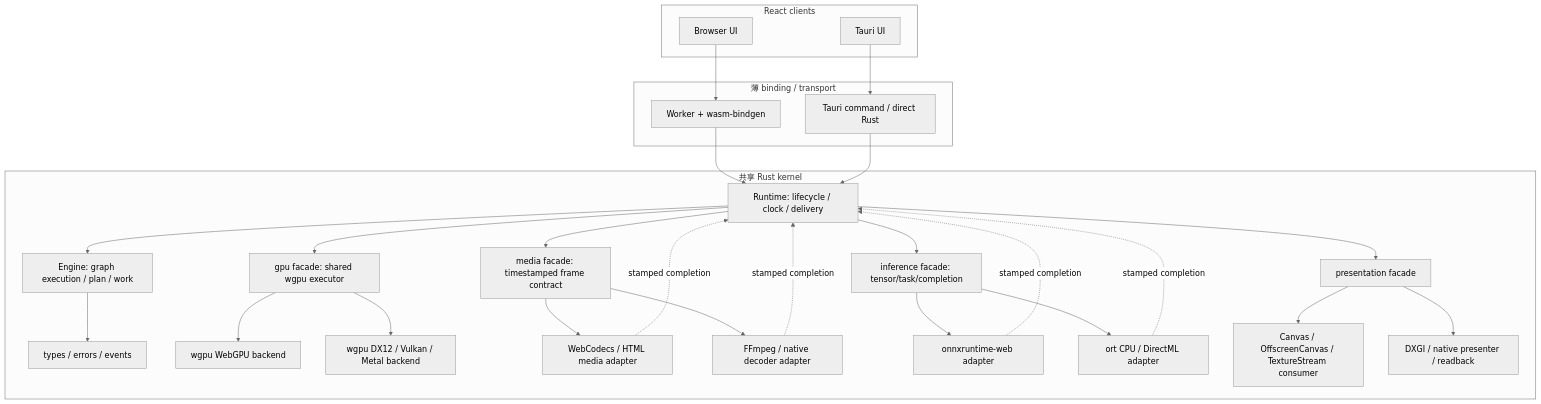
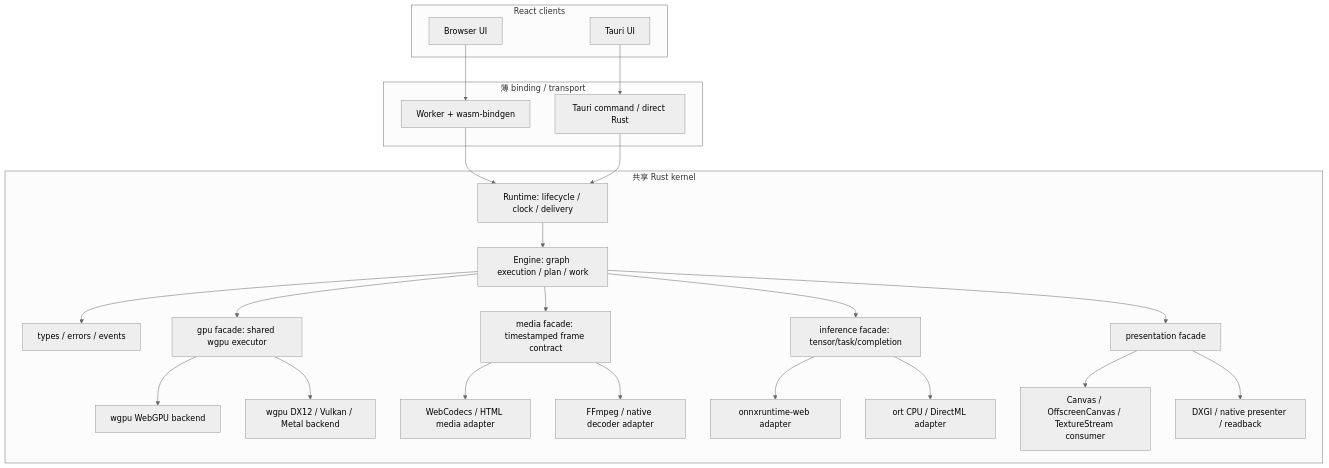
The first of 12 diagrams in docs/DESIGN.md (sanitor/open_quartz), drawn with Mermaid (neutral theme) before and after one commit. The commit also changed other lines of this file, not shown here.

````diff
--- a/docs/DESIGN.md
+++ b/docs/DESIGN.md
@@ -43,55 +43,51 @@
 ```mermaid
 flowchart TB
     subgraph Clients[React clients]
         BrowserUI[Browser UI]
         TauriUI[Tauri UI]
     end
 
     subgraph Bindings[薄 binding / transport]
         WasmBinding[Worker + wasm-bindgen]
         TauriBinding[Tauri command / direct Rust]
     end
 
     subgraph Kernel[共享 Rust kernel]
         Runtime[Runtime: lifecycle / clock / delivery]
         Engine[Engine: graph execution / plan / work]
         Schema[types / errors / events]
         Gpu[gpu facade: shared wgpu executor]
         Media[media facade: timestamped frame contract]
         Inference[inference facade: tensor/task/completion]
         Presenter[presentation facade]
 
         WgpuWeb[wgpu WebGPU backend]
         WgpuNative[wgpu DX12 / Vulkan / Metal backend]
         WebMedia[WebCodecs / HTML media adapter]
         NativeMedia[FFmpeg / native decoder adapter]
         OrtWeb[onnxruntime-web adapter]
         OrtNative[ort CPU / DirectML adapter]
         WebPresenter[Canvas / OffscreenCanvas / TextureStream consumer]
         NativePresenter[DXGI / native presenter / readback]
 
         Runtime --> Engine
-        Runtime --> Gpu
-        Runtime --> Media
-        Runtime --> Inference
-        Runtime --> Presenter
         Engine --> Schema
+        Engine --> Gpu
+        Engine --> Media
+        Engine --> Inference
+        Engine --> Presenter
 
         Gpu --> WgpuWeb
         Gpu --> WgpuNative
         Media --> WebMedia
         Media --> NativeMedia
         Inference --> OrtWeb
         Inference --> OrtNative
         Presenter --> WebPresenter
         Presenter --> NativePresenter
 
-        WebMedia -. stamped completion .-> Runtime
-        NativeMedia -. stamped completion .-> Runtime
-        OrtWeb -. stamped completion .-> Runtime
-        OrtNative -. stamped completion .-> Runtime
     end
 
     BrowserUI --> WasmBinding --> Runtime
     TauriUI --> TauriBinding --> Runtime
 ```
````
